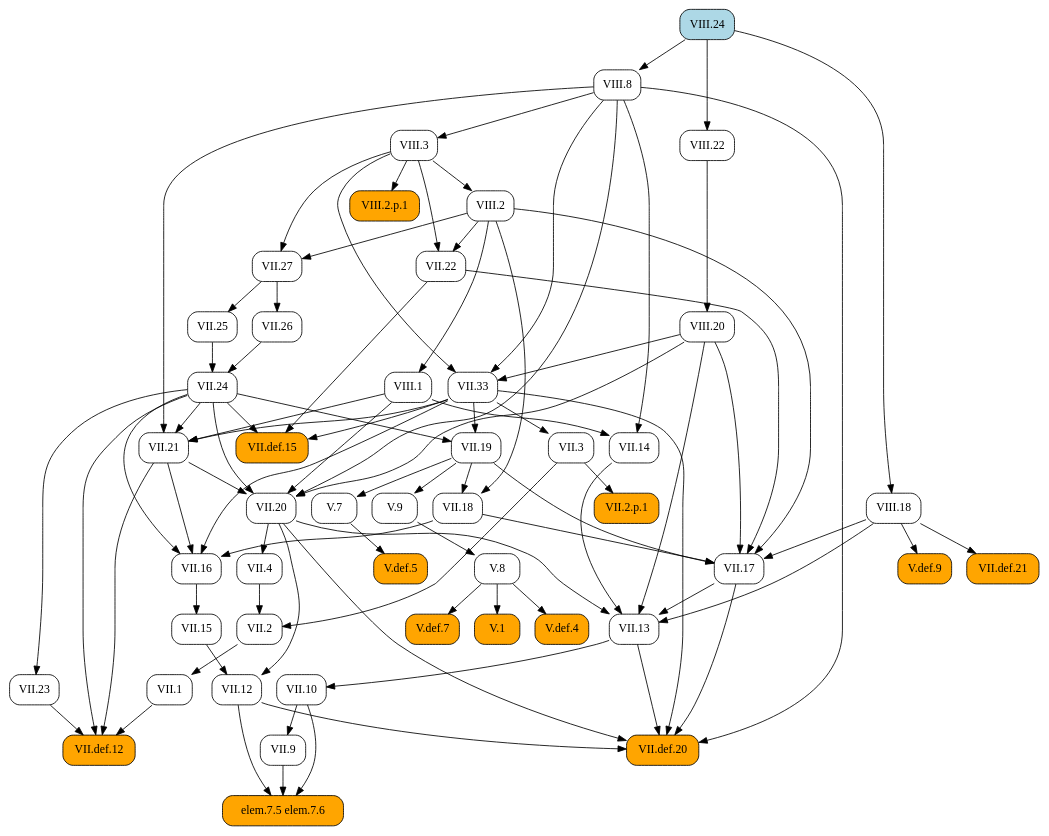
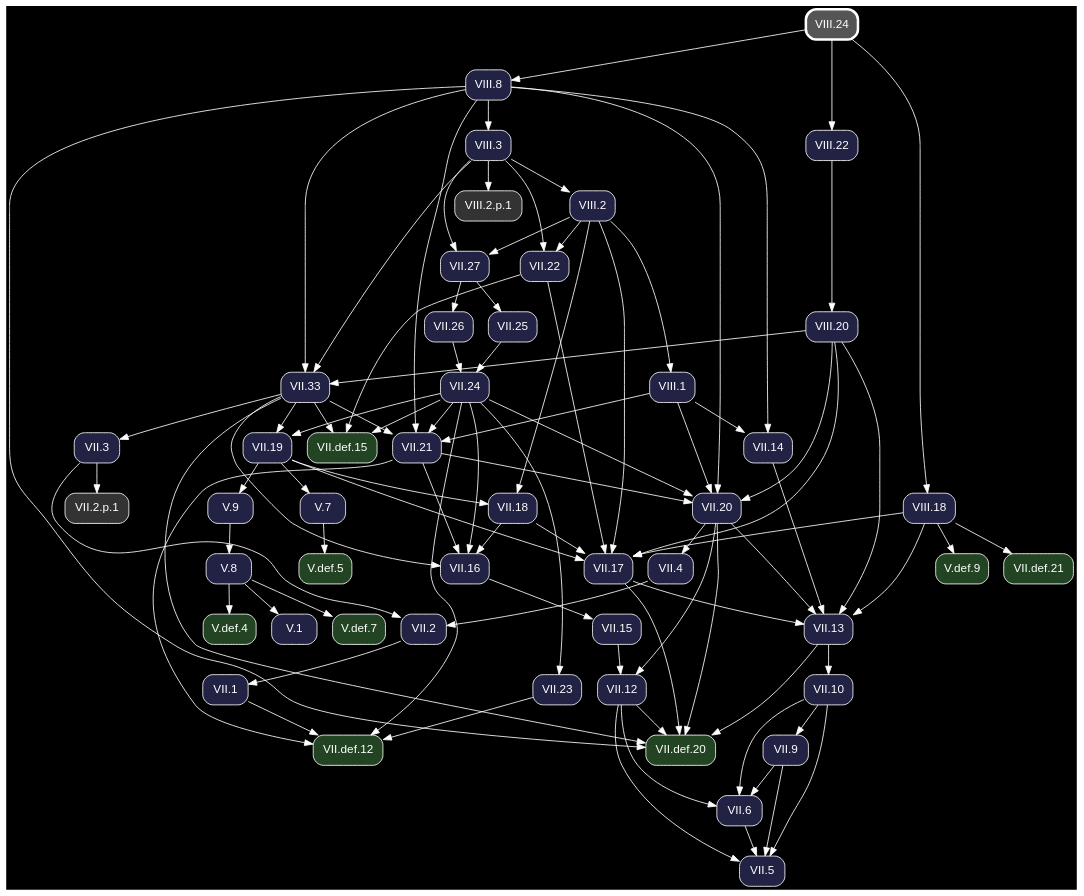
Before and after one commit to geometor/elements: the diagram in docsrc/heath/VIII/24/index.rst, drawn with Graphviz. The commit also changed other lines of this file and 1200 other files, not shown here.

Commit message:
update dependency graphs

```diff
--- a/docsrc/heath/VIII/24/index.rst
+++ b/docsrc/heath/VIII/24/index.rst
@@ -32,96 +32,64 @@
 .. graphviz::
 
    digraph {
+     bgcolor="black";
+     node [shape=box, style="rounded,filled", fontname="Helvetica", color="white", fontcolor="white"];
+     edge [color="white", fontcolor="white"];
      rankdir="TB";
-     node [shape=box, style=rounded];
-     "VII.33" [URL="/heath/VII/33/", target="_top"];
-     "VII.12" [URL="/heath/VII/12/", target="_top"];
-     "elem.7.5 elem.7.6" [style="rounded,filled", fillcolor=orange];
-     "VIII.20" [URL="/heath/VIII/20/", target="_top"];
-     "VII.9" [URL="/heath/VII/9/", target="_top"];
-     "VIII.2" [URL="/heath/VIII/2/", target="_top"];
-     "VII.18" [URL="/heath/VII/18/", target="_top"];
-     "VII.16" [URL="/heath/VII/16/", target="_top"];
-     "V.7" [URL="/heath/V/7/", target="_top"];
-     "VII.26" [URL="/heath/VII/26/", target="_top"];
-     "VIII.24" [style="rounded,filled", fillcolor=lightblue, URL="/heath/VIII/24/", target="_top"];
-     "V.def.5" [style="rounded,filled", fillcolor=orange, URL="/heath/V/def.5/", target="_top"];
-     "V.9" [URL="/heath/V/9/", target="_top"];
-     "VIII.8" [URL="/heath/VIII/8/", target="_top"];
-     "VII.10" [URL="/heath/VII/10/", target="_top"];
-     "VIII.3" [URL="/heath/VIII/3/", target="_top"];
-     "VII.13" [URL="/heath/VII/13/", target="_top"];
-     "VIII.18" [URL="/heath/VIII/18/", target="_top"];
-     "VII.def.15" [style="rounded,filled", fillcolor=orange, URL="/heath/VII/def.15/", target="_top"];
-     "VII.17" [URL="/heath/VII/17/", target="_top"];
-     "VII.19" [URL="/heath/VII/19/", target="_top"];
-     "VIII.2.p.1" [style="rounded,filled", fillcolor=orange];
-     "VII.2" [URL="/heath/VII/2/", target="_top"];
-     "VII.def.20" [style="rounded,filled", fillcolor=orange, URL="/heath/VII/def.20/", target="_top"];
-     "VII.2.p.1" [style="rounded,filled", fillcolor=orange];
-     "VII.15" [URL="/heath/VII/15/", target="_top"];
-     "V.def.4" [style="rounded,filled", fillcolor=orange, URL="/heath/V/def.4/", target="_top"];
-     "VIII.22" [URL="/heath/VIII/22/", target="_top"];
-     "V.def.7" [style="rounded,filled", fillcolor=orange, URL="/heath/V/def.7/", target="_top"];
-     "VII.14" [URL="/heath/VII/14/", target="_top"];
-     "VII.27" [URL="/heath/VII/27/", target="_top"];
-     "VII.21" [URL="/heath/VII/21/", target="_top"];
-     "VII.22" [URL="/heath/VII/22/", target="_top"];
-     "VII.25" [URL="/heath/VII/25/", target="_top"];
-     "VIII.1" [URL="/heath/VIII/1/", target="_top"];
-     "VII.1" [URL="/heath/VII/1/", target="_top"];
-     "V.8" [URL="/heath/V/8/", target="_top"];
-     "VII.23" [URL="/heath/VII/23/", target="_top"];
-     "VII.4" [URL="/heath/VII/4/", target="_top"];
-     "VII.def.12" [style="rounded,filled", fillcolor=orange, URL="/heath/VII/def.12/", target="_top"];
-     "V.1" [style="rounded,filled", fillcolor=orange, URL="/heath/V/1/", target="_top"];
-     "V.def.9" [style="rounded,filled", fillcolor=orange, URL="/heath/V/def.9/", target="_top"];
-     "VII.3" [URL="/heath/VII/3/", target="_top"];
-     "VII.24" [URL="/heath/VII/24/", target="_top"];
-     "VII.20" [URL="/heath/VII/20/", target="_top"];
-     "VII.def.21" [style="rounded,filled", fillcolor=orange, URL="/heath/VII/def.21/", target="_top"];
+     "VII.33" [fillcolor="#222244", URL="/heath/VII/33/", target="_top"];
+     "V.def.5" [fillcolor="#224422", URL="/heath/V/def.5/", target="_top"];
+     "V.def.9" [fillcolor="#224422", URL="/heath/V/def.9/", target="_top"];
+     "VII.18" [fillcolor="#222244", URL="/heath/VII/18/", target="_top"];
+     "VII.2" [fillcolor="#222244", URL="/heath/VII/2/", target="_top"];
+     "VII.def.20" [fillcolor="#224422", URL="/heath/VII/def.20/", target="_top"];
+     "VIII.8" [fillcolor="#222244", URL="/heath/VIII/8/", target="_top"];
+     "VII.26" [fillcolor="#222244", URL="/heath/VII/26/", target="_top"];
+     "VII.1" [fillcolor="#222244", URL="/heath/VII/1/", target="_top"];
+     "VIII.24" [penwidth=3, color="white", fillcolor="#555555", URL="/heath/VIII/24/", target="_top"];
+     "VII.13" [fillcolor="#222244", URL="/heath/VII/13/", target="_top"];
+     "VIII.2.p.1" [fillcolor="#333333"];
+     "VII.27" [fillcolor="#222244", URL="/heath/VII/27/", target="_top"];
+     "VII.4" [fillcolor="#222244", URL="/heath/VII/4/", target="_top"];
+     "VII.25" [fillcolor="#222244", URL="/heath/VII/25/", target="_top"];
+     "VIII.20" [fillcolor="#222244", URL="/heath/VIII/20/", target="_top"];
+     "VIII.22" [fillcolor="#222244", URL="/heath/VIII/22/", target="_top"];
+     "VII.21" [fillcolor="#222244", URL="/heath/VII/21/", target="_top"];
+     "VII.9" [fillcolor="#222244", URL="/heath/VII/9/", target="_top"];
+     "V.7" [fillcolor="#222244", URL="/heath/V/7/", target="_top"];
+     "VII.12" [fillcolor="#222244", URL="/heath/VII/12/", target="_top"];
+     "V.9" [fillcolor="#222244", URL="/heath/V/9/", target="_top"];
+     "VII.17" [fillcolor="#222244", URL="/heath/VII/17/", target="_top"];
+     "VII.24" [fillcolor="#222244", URL="/heath/VII/24/", target="_top"];
+     "VII.22" [fillcolor="#222244", URL="/heath/VII/22/", target="_top"];
+     "VIII.2" [fillcolor="#222244", URL="/heath/VIII/2/", target="_top"];
+     "V.def.7" [fillcolor="#224422", URL="/heath/V/def.7/", target="_top"];
+     "VII.20" [fillcolor="#222244", URL="/heath/VII/20/", target="_top"];
+     "V.def.4" [fillcolor="#224422", URL="/heath/V/def.4/", target="_top"];
+     "VIII.18" [fillcolor="#222244", URL="/heath/VIII/18/", target="_top"];
+     "VII.5" [fillcolor="#222244", URL="/heath/VII/5/", target="_top"];
+     "VII.def.15" [fillcolor="#224422", URL="/heath/VII/def.15/", target="_top"];
+     "VIII.3" [fillcolor="#222244", URL="/heath/VIII/3/", target="_top"];
+     "VII.2.p.1" [fillcolor="#333333"];
+     "VII.6" [fillcolor="#222244", URL="/heath/VII/6/", target="_top"];
+     "VII.16" [fillcolor="#222244", URL="/heath/VII/16/", target="_top"];
+     "VII.15" [fillcolor="#222244", URL="/heath/VII/15/", target="_top"];
+     "V.1" [fillcolor="#222244", URL="/heath/V/1/", target="_top"];
+     "VII.10" [fillcolor="#222244", URL="/heath/VII/10/", target="_top"];
+     "VII.23" [fillcolor="#222244", URL="/heath/VII/23/", target="_top"];
+     "VII.def.12" [fillcolor="#224422", URL="/heath/VII/def.12/", target="_top"];
+     "VII.def.21" [fillcolor="#224422", URL="/heath/VII/def.21/", target="_top"];
+     "VII.19" [fillcolor="#222244", URL="/heath/VII/19/", target="_top"];
+     "VIII.1" [fillcolor="#222244", URL="/heath/VIII/1/", target="_top"];
+     "V.8" [fillcolor="#222244", URL="/heath/V/8/", target="_top"];
+     "VII.3" [fillcolor="#222244", URL="/heath/VII/3/", target="_top"];
+     "VII.14" [fillcolor="#222244", URL="/heath/VII/14/", target="_top"];
      "VIII.3" -> "VII.33";
      "VIII.8" -> "VII.33";
      "VIII.20" -> "VII.33";
-     "VII.15" -> "VII.12";
-     "VII.20" -> "VII.12";
-     "VII.9" -> "elem.7.5 elem.7.6";
-     "VII.10" -> "elem.7.5 elem.7.6";
-     "VII.12" -> "elem.7.5 elem.7.6";
-     "VIII.22" -> "VIII.20";
-     "VII.10" -> "VII.9";
-     "VIII.3" -> "VIII.2";
+     "V.7" -> "V.def.5";
+     "VIII.18" -> "V.def.9";
      "VII.19" -> "VII.18";
      "VIII.2" -> "VII.18";
-     "VII.18" -> "VII.16";
-     "VII.21" -> "VII.16";
-     "VII.24" -> "VII.16";
-     "VII.33" -> "VII.16";
-     "VII.19" -> "V.7";
-     "VII.27" -> "VII.26";
-     "V.7" -> "V.def.5";
-     "VII.19" -> "V.9";
-     "VIII.24" -> "VIII.8";
-     "VII.13" -> "VII.10";
-     "VIII.8" -> "VIII.3";
-     "VII.14" -> "VII.13";
-     "VII.17" -> "VII.13";
-     "VII.20" -> "VII.13";
-     "VIII.18" -> "VII.13";
-     "VIII.20" -> "VII.13";
-     "VIII.24" -> "VIII.18";
-     "VII.22" -> "VII.def.15";
-     "VII.24" -> "VII.def.15";
-     "VII.33" -> "VII.def.15";
-     "VII.18" -> "VII.17";
-     "VII.19" -> "VII.17";
-     "VII.22" -> "VII.17";
-     "VIII.2" -> "VII.17";
-     "VIII.18" -> "VII.17";
-     "VIII.20" -> "VII.17";
-     "VII.24" -> "VII.19";
-     "VII.33" -> "VII.19";
-     "VIII.3" -> "VIII.2.p.1";
      "VII.3" -> "VII.2";
      "VII.4" -> "VII.2";
      "VII.12" -> "VII.def.20";
@@ -130,40 +98,79 @@
      "VII.20" -> "VII.def.20";
      "VII.33" -> "VII.def.20";
      "VIII.8" -> "VII.def.20";
-     "VII.3" -> "VII.2.p.1";
-     "VII.16" -> "VII.15";
-     "V.8" -> "V.def.4";
-     "VIII.24" -> "VIII.22";
-     "V.8" -> "V.def.7";
-     "VIII.1" -> "VII.14";
-     "VIII.8" -> "VII.14";
+     "VIII.24" -> "VIII.8";
+     "VII.27" -> "VII.26";
+     "VII.2" -> "VII.1";
+     "VII.14" -> "VII.13";
+     "VII.17" -> "VII.13";
+     "VII.20" -> "VII.13";
+     "VIII.18" -> "VII.13";
+     "VIII.20" -> "VII.13";
+     "VIII.3" -> "VIII.2.p.1";
      "VIII.2" -> "VII.27";
      "VIII.3" -> "VII.27";
+     "VII.20" -> "VII.4";
+     "VII.27" -> "VII.25";
+     "VIII.22" -> "VIII.20";
+     "VIII.24" -> "VIII.22";
      "VII.24" -> "VII.21";
      "VII.33" -> "VII.21";
      "VIII.1" -> "VII.21";
      "VIII.8" -> "VII.21";
+     "VII.10" -> "VII.9";
+     "VII.19" -> "V.7";
+     "VII.15" -> "VII.12";
+     "VII.20" -> "VII.12";
+     "VII.19" -> "V.9";
+     "VII.18" -> "VII.17";
+     "VII.19" -> "VII.17";
+     "VII.22" -> "VII.17";
+     "VIII.2" -> "VII.17";
+     "VIII.18" -> "VII.17";
+     "VIII.20" -> "VII.17";
+     "VII.25" -> "VII.24";
+     "VII.26" -> "VII.24";
      "VIII.2" -> "VII.22";
      "VIII.3" -> "VII.22";
-     "VII.27" -> "VII.25";
-     "VIII.2" -> "VIII.1";
-     "VII.2" -> "VII.1";
-     "V.9" -> "V.8";
-     "VII.24" -> "VII.23";
-     "VII.20" -> "VII.4";
-     "VII.1" -> "VII.def.12";
-     "VII.21" -> "VII.def.12";
-     "VII.23" -> "VII.def.12";
-     "VII.24" -> "VII.def.12";
-     "V.8" -> "V.1";
-     "VIII.18" -> "V.def.9";
-     "VII.33" -> "VII.3";
-     "VII.25" -> "VII.24";
-     "VII.26" -> "VII.24";
+     "VIII.3" -> "VIII.2";
+     "V.8" -> "V.def.7";
      "VII.21" -> "VII.20";
      "VII.24" -> "VII.20";
      "VIII.1" -> "VII.20";
      "VIII.8" -> "VII.20";
      "VIII.20" -> "VII.20";
+     "V.8" -> "V.def.4";
+     "VIII.24" -> "VIII.18";
+     "VII.6" -> "VII.5";
+     "VII.9" -> "VII.5";
+     "VII.10" -> "VII.5";
+     "VII.12" -> "VII.5";
+     "VII.22" -> "VII.def.15";
+     "VII.24" -> "VII.def.15";
+     "VII.33" -> "VII.def.15";
+     "VIII.8" -> "VIII.3";
+     "VII.3" -> "VII.2.p.1";
+     "VII.9" -> "VII.6";
+     "VII.10" -> "VII.6";
+     "VII.12" -> "VII.6";
+     "VII.18" -> "VII.16";
+     "VII.21" -> "VII.16";
+     "VII.24" -> "VII.16";
+     "VII.33" -> "VII.16";
+     "VII.16" -> "VII.15";
+     "V.8" -> "V.1";
+     "VII.13" -> "VII.10";
+     "VII.24" -> "VII.23";
+     "VII.1" -> "VII.def.12";
+     "VII.21" -> "VII.def.12";
+     "VII.23" -> "VII.def.12";
+     "VII.24" -> "VII.def.12";
      "VIII.18" -> "VII.def.21";
+     "VII.24" -> "VII.19";
+     "VII.33" -> "VII.19";
+     "VIII.2" -> "VIII.1";
+     "V.9" -> "V.8";
+     "VII.33" -> "VII.3";
+     "VIII.1" -> "VII.14";
+     "VIII.8" -> "VII.14";
    }
```
